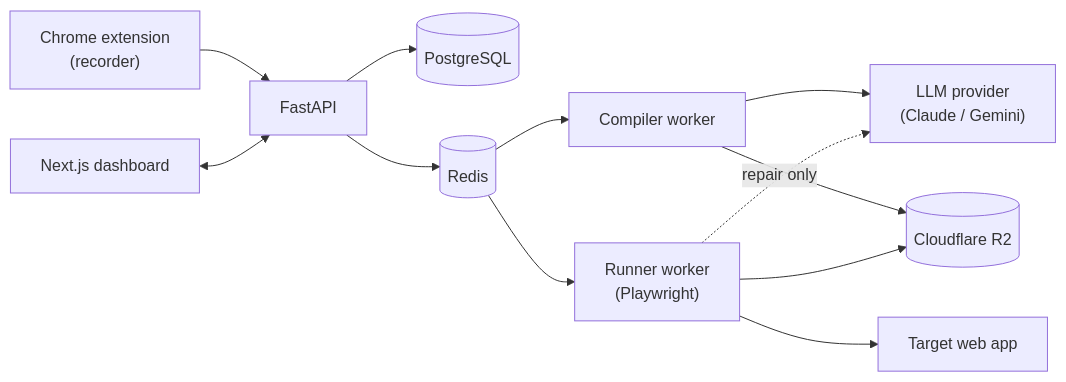
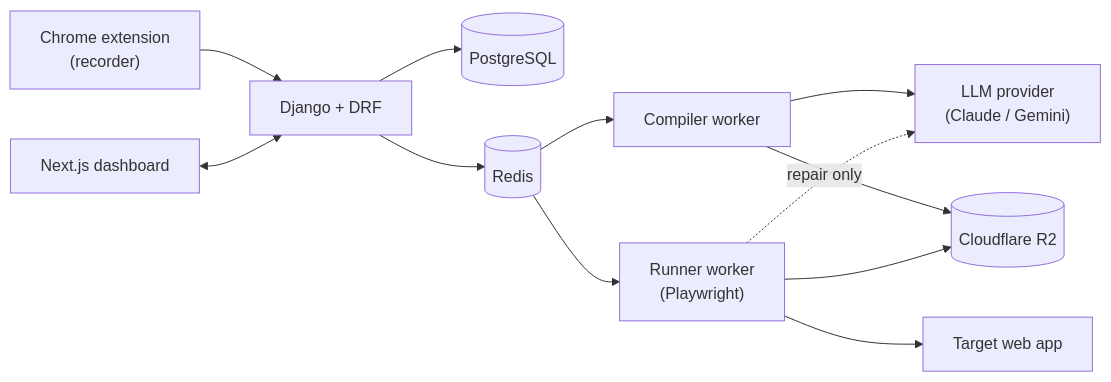
Before and after one commit to khurram-Shahid09/watchonce: the second of 2 diagrams in README.md, drawn with Mermaid. The commit also changed other lines of this file and 9 other files, not shown here.

Commit message:
docs: update stack, architecture and ops docs for Django + DRF

````diff
--- a/README.md
+++ b/README.md
@@ -56,13 +56,13 @@
 ```mermaid
 flowchart LR
-  EXT["Chrome extension<br/>(recorder)"] --> API["FastAPI"]
+  EXT["Chrome extension<br/>(recorder)"] --> API["Django + DRF"]
   WEB["Next.js dashboard"] <--> API
   API --> DB[("PostgreSQL")]
   API --> Q[("Redis")]
   Q --> COMP["Compiler worker"]
   Q --> RUN["Runner worker<br/>(Playwright)"]
   COMP --> LLM["LLM provider<br/>(Claude / Gemini)"]
   RUN -. "repair only" .-> LLM
   RUN --> TARGET["Target web app"]
   COMP & RUN --> R2[("Cloudflare R2")]
 ```
````
